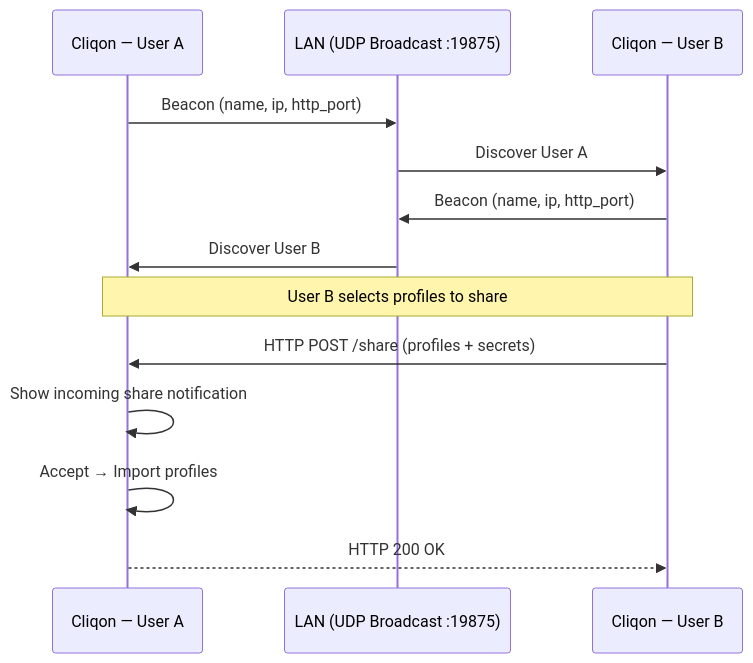
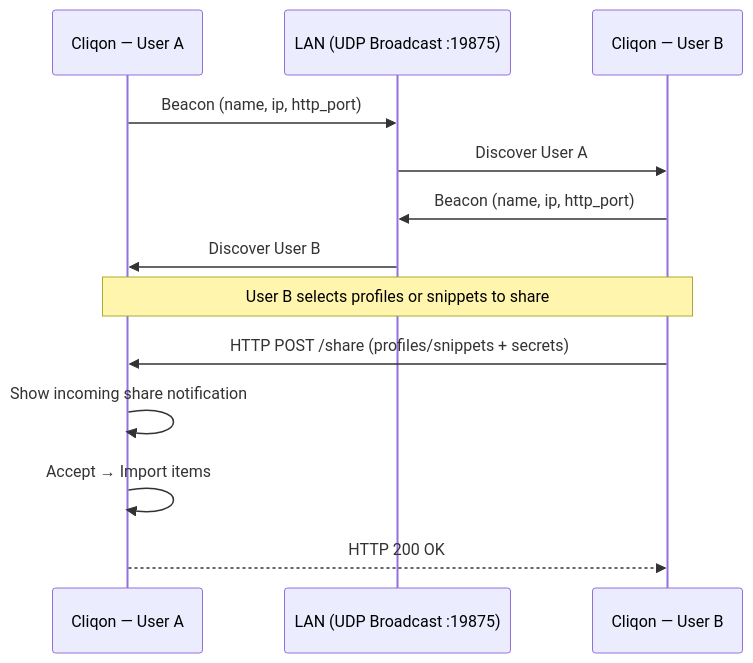
One commit to genc-murat/cliqon changed the second of 2 diagrams in README.md. Above: the diagram before and after it, drawn with Mermaid. The commit also changed other lines of this file and 15 other files, not shown here.

Commit message:
feat(sharing): rename shareProfiles to shareItemsWithPeer and update related API calls

````diff
--- a/README.md
+++ b/README.md
@@ -104,18 +104,18 @@
 ```mermaid
 sequenceDiagram
     participant A as Cliqon — User A
     participant LAN as LAN (UDP Broadcast :19875)
     participant B as Cliqon — User B
 
     A->>LAN: Beacon (name, ip, http_port)
     LAN->>B: Discover User A
     B->>LAN: Beacon (name, ip, http_port)
     LAN->>A: Discover User B
 
-    Note over A,B: User B selects profiles to share
+    Note over A,B: User B selects profiles or snippets to share
 
-    B->>A: HTTP POST /share (profiles + secrets)
+    B->>A: HTTP POST /share (profiles/snippets + secrets)
     A->>A: Show incoming share notification
-    A->>A: Accept → Import profiles
+    A->>A: Accept → Import items
     A-->>B: HTTP 200 OK
 ```
````
